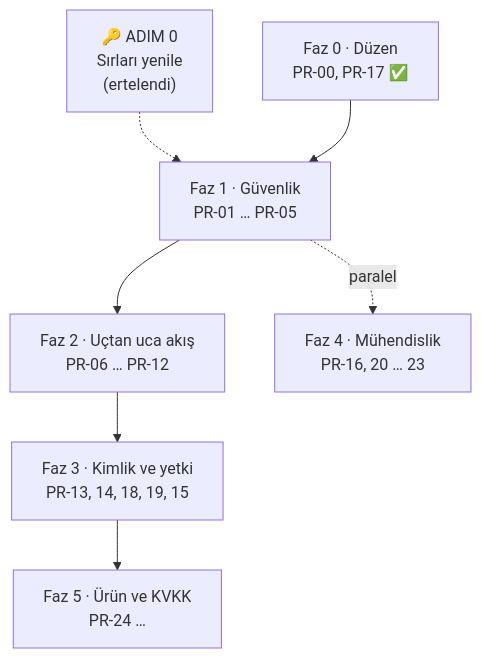
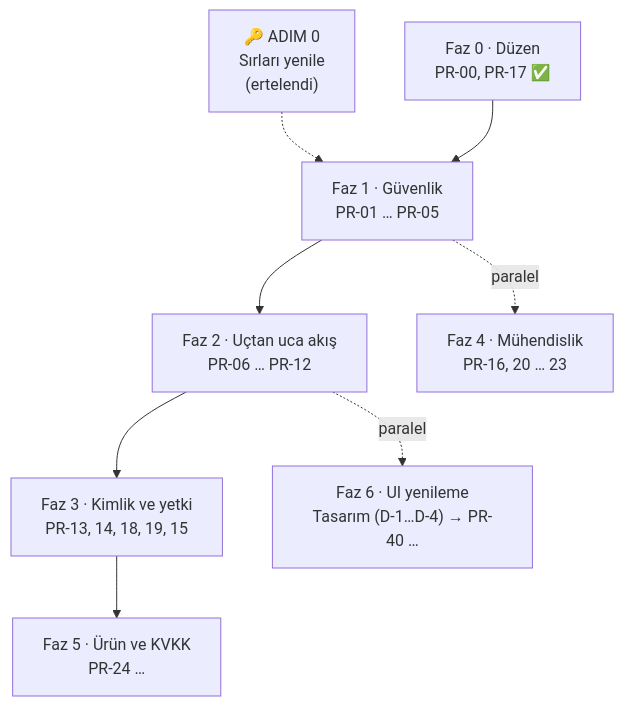
The second of 2 diagrams in ROADMAP.md (bitirmesel/GraduationProject), drawn with Mermaid before and after one commit. The commit also changed other lines of this file, not shown here.

Commit message:
Docs: Faz 6 (UI yenileme) yol haritasına eklendi; B36 (#15)

````diff
--- a/ROADMAP.md
+++ b/ROADMAP.md
@@ -57,9 +57,10 @@
 ```mermaid
 flowchart TD
     S0["🔑 ADIM 0<br/>Sırları yenile<br/>(ertelendi)"] -.-> P1
     P0["Faz 0 · Düzen<br/>PR-00, PR-17 ✅"] --> P1["Faz 1 · Güvenlik<br/>PR-01 … PR-05"]
     P1 --> P2["Faz 2 · Uçtan uca akış<br/>PR-06 … PR-12"]
     P2 --> P3["Faz 3 · Kimlik ve yetki<br/>PR-13, 14, 18, 19, 15"]
     P1 -.paralel.-> P4["Faz 4 · Mühendislik<br/>PR-16, 20 … 23"]
     P3 --> P5["Faz 5 · Ürün ve KVKK<br/>PR-24 …"]
+    P2 -.paralel.-> D6["Faz 6 · UI yenileme<br/>Tasarım (D-1…D-4) → PR-40 …"]
 ```
````
